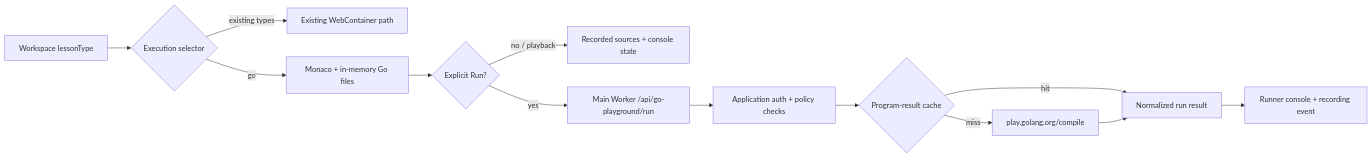
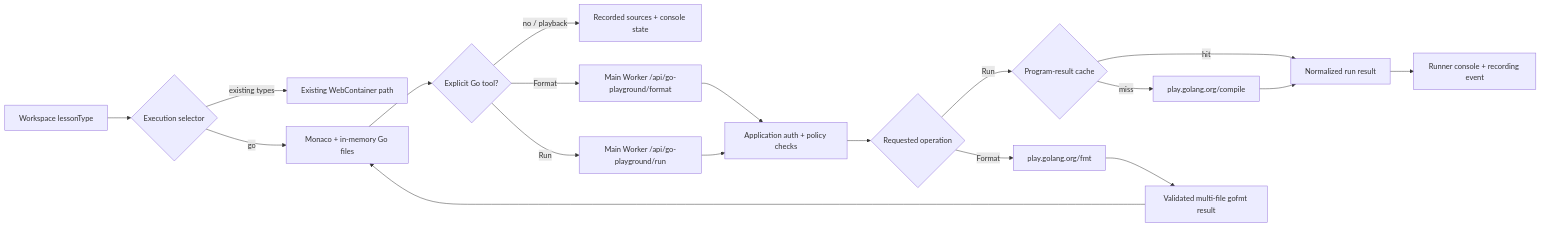
One commit to channyeintun/next-editor changed the diagram in docs/go-lessons-selective-runtime-plan.md. Above: the diagram before and after it, drawn with Mermaid. The commit also changed other lines of this file and 11 other files, not shown here.

Commit message:
feat(go): add Playground-backed gofmt support

````diff
--- a/docs/go-lessons-selective-runtime-plan.md
+++ b/docs/go-lessons-selective-runtime-plan.md
@@ -182,15 +193,21 @@
 ```mermaid
 flowchart LR
     Lesson[Workspace lessonType] --> Select{Execution selector}
     Select -->|existing types| WC[Existing WebContainer path]
     Select -->|go| Local[Monaco + in-memory Go files]
-    Local --> Intent{Explicit Run?}
+    Local --> Intent{Explicit Go tool?}
     Intent -->|no / playback| Recorded[Recorded sources + console state]
-    Intent -->|yes| Route[Main Worker /api/go-playground/run]
-    Route --> Auth[Application auth + policy checks]
-    Auth --> Cache{Program-result cache}
+    Intent -->|Format| FmtRoute[Main Worker /api/go-playground/format]
+    Intent -->|Run| RunRoute[Main Worker /api/go-playground/run]
+    FmtRoute --> Auth[Application auth + policy checks]
+    RunRoute --> Auth
+    Auth --> Operation{Requested operation}
+    Operation -->|Run| Cache{Program-result cache}
     Cache -->|hit| Result[Normalized run result]
     Cache -->|miss| API[play.golang.org/compile]
     API --> Result
     Result --> Console[Runner console + recording event]
+    Operation -->|Format| FmtAPI[play.golang.org/fmt]
+    FmtAPI --> Sources[Validated multi-file gofmt result]
+    Sources --> Local
 ```
````
